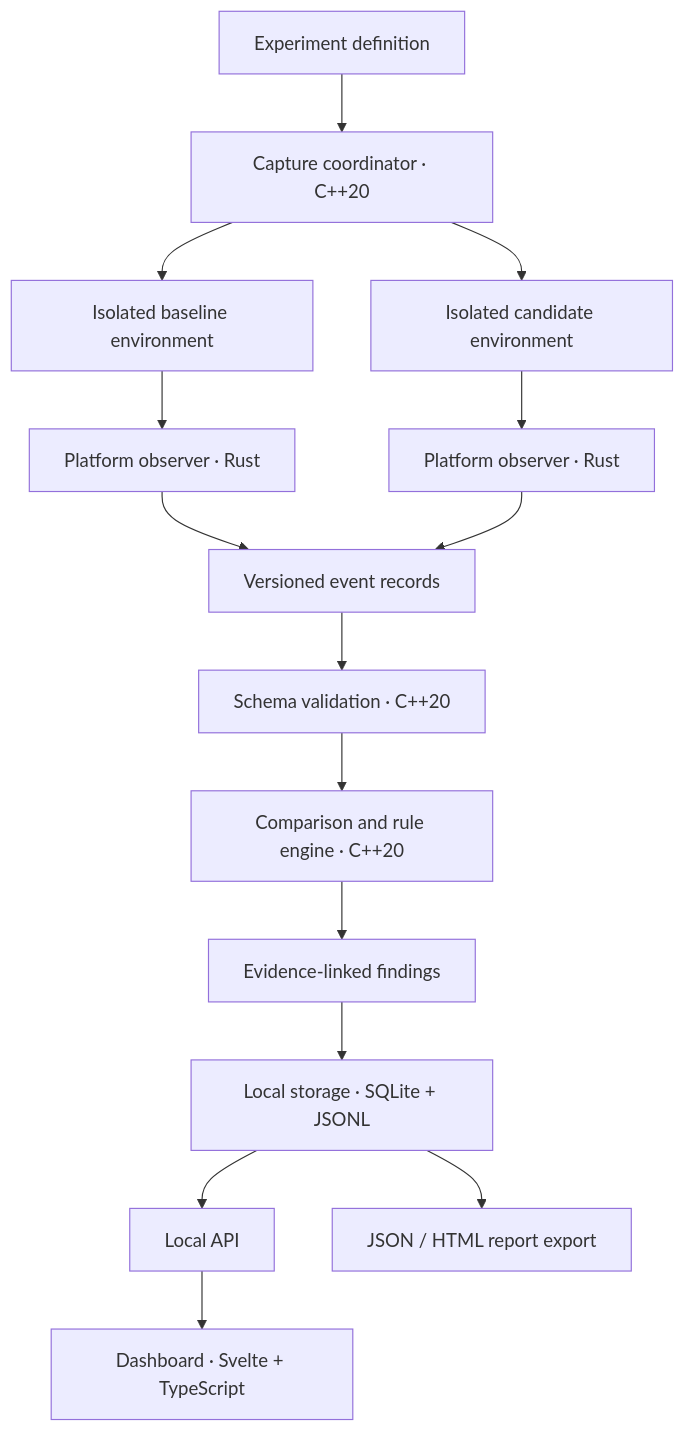
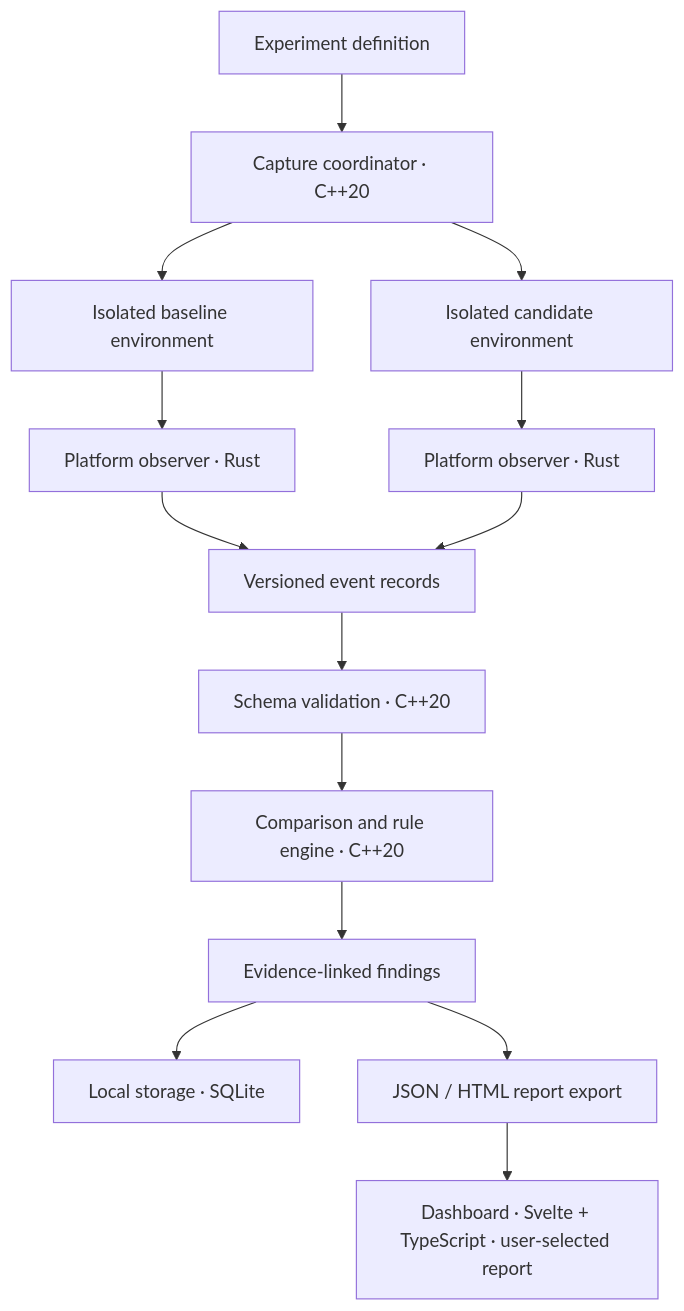
Before and after one commit to VireonNoctis/Driftglass: the diagram in README.md, drawn with Mermaid.

Commit message:
docs: remove deferred local API from implemented architecture diagram

````diff
--- a/README.md
+++ b/README.md
@@ -206,17 +206,16 @@
 ```mermaid
 flowchart TD
     A["Experiment definition"] --> B["Capture coordinator · C++20"]
     B --> C["Isolated baseline environment"]
     B --> D["Isolated candidate environment"]
     C --> E["Platform observer · Rust"]
     D --> F["Platform observer · Rust"]
     E --> G["Versioned event records"]
     F --> G
     G --> H["Schema validation · C++20"]
     H --> I["Comparison and rule engine · C++20"]
     I --> J["Evidence-linked findings"]
-    J --> K["Local storage · SQLite + JSONL"]
-    K --> L["Local API"]
-    L --> M["Dashboard · Svelte + TypeScript"]
-    K --> N["JSON / HTML report export"]
+    J --> K["Local storage · SQLite"]
+    J --> N["JSON / HTML report export"]
+    N --> M["Dashboard · Svelte + TypeScript · user-selected report"]
 ```
````
